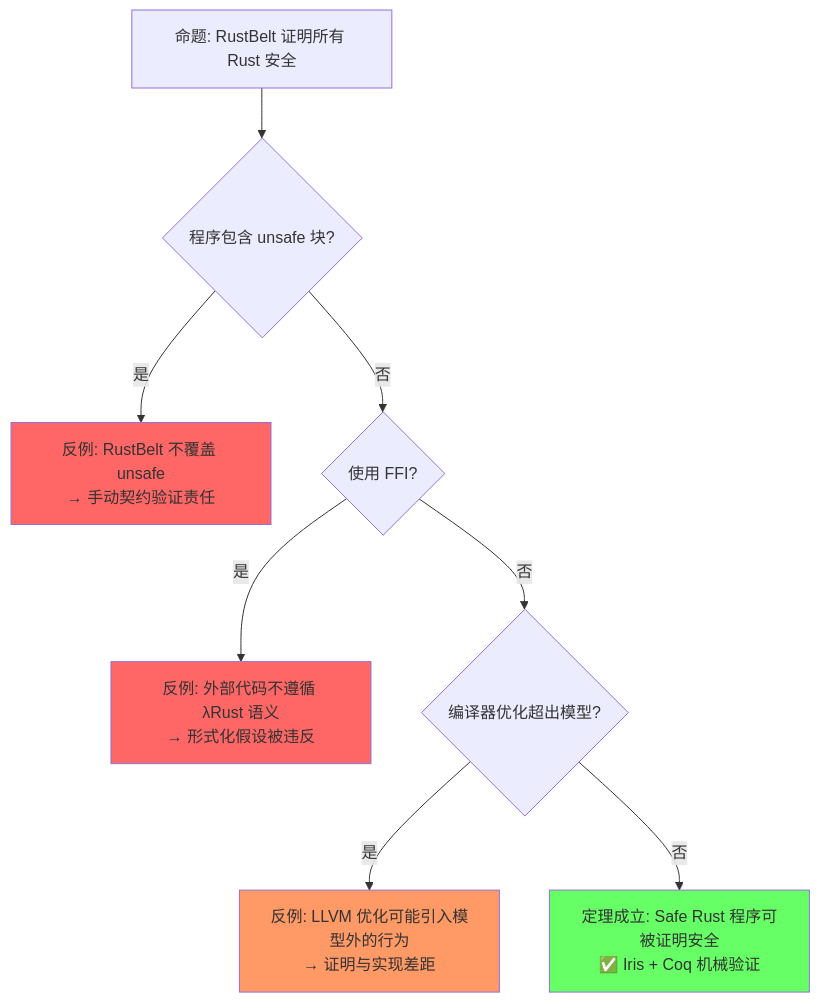
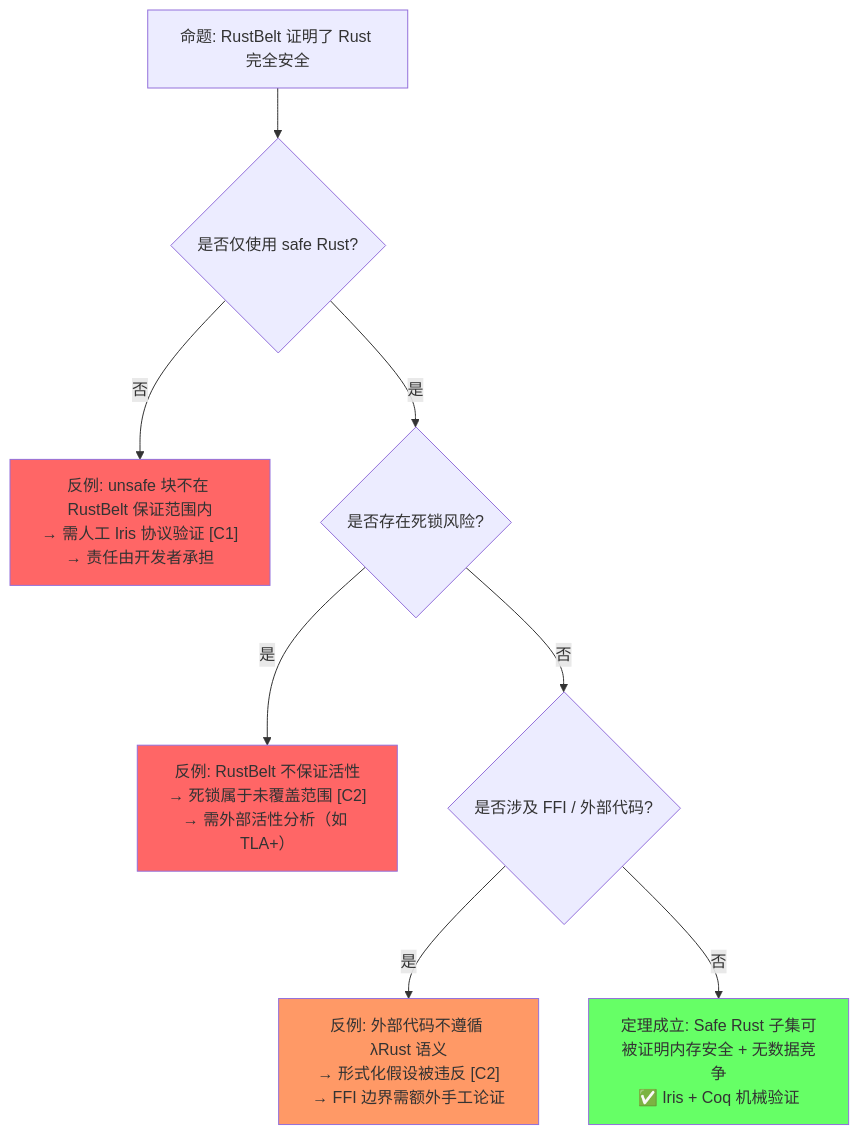
One commit to martin-ly/rust-lang changed the first of 4 diagrams in concept/04_formal/04_rustbelt.md. Above: the diagram before and after it, drawn with Mermaid. The commit also changed other lines of this file and 20 other files, not shown here.

````diff
--- a/concept/04_formal/04_rustbelt.md
+++ b/concept/04_formal/04_rustbelt.md
@@ -117,15 +105,15 @@
 ```mermaid
 graph TD
-    P["命题: RustBelt 证明所有 Rust 安全"] --> Q1{"程序包含 unsafe 块?"}
-    Q1 -->|是| F1["反例: RustBelt 不覆盖 unsafe<br/>→ 手动契约验证责任"]
-    Q1 -->|否| Q2{"使用 FFI?"}
-    Q2 -->|是| F2["反例: 外部代码不遵循 λRust 语义<br/>→ 形式化假设被违反"]
-    Q2 -->|否| Q3{"编译器优化超出模型?"}
-    Q3 -->|是| F3["反例: LLVM 优化可能引入模型外的行为<br/>→ 证明与实现差距"]
-    Q3 -->|否| T["定理成立: Safe Rust 程序可被证明安全<br/>✅ Iris + Coq 机械验证"]
+    P1["命题: RustBelt 证明了 Rust 完全安全"] --> Q1{"是否仅使用 safe Rust?"}
+    Q1 -->|否| F1["反例: unsafe 块不在 RustBelt 保证范围内<br/>→ 需人工 Iris 协议验证 [C1]<br/>→ 责任由开发者承担"]
+    Q1 -->|是| Q2{"是否存在死锁风险?"}
+    Q2 -->|是| F2["反例: RustBelt 不保证活性<br/>→ 死锁属于未覆盖范围 [C2]<br/>→ 需外部活性分析（如 TLA+）"]
+    Q2 -->|否| Q3{"是否涉及 FFI / 外部代码?"}
+    Q3 -->|是| F3["反例: 外部代码不遵循 λRust 语义<br/>→ 形式化假设被违反 [C2]<br/>→ FFI 边界需额外手工论证"]
+    Q3 -->|否| T1["定理成立: Safe Rust 子集可被证明内存安全 + 无数据竞争<br/>✅ Iris + Coq 机械验证"]
 
     style F1 fill:#f66
     style F2 fill:#f66
     style F3 fill:#f96
-    style T fill:#6f6
+    style T1 fill:#6f6
 ```
````
